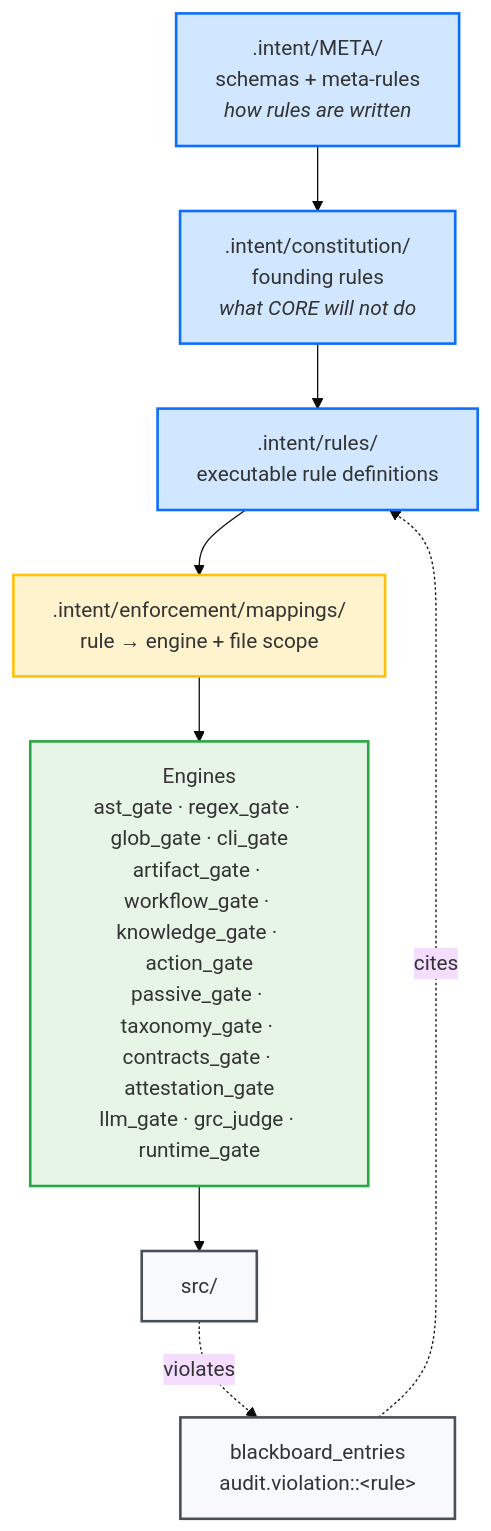
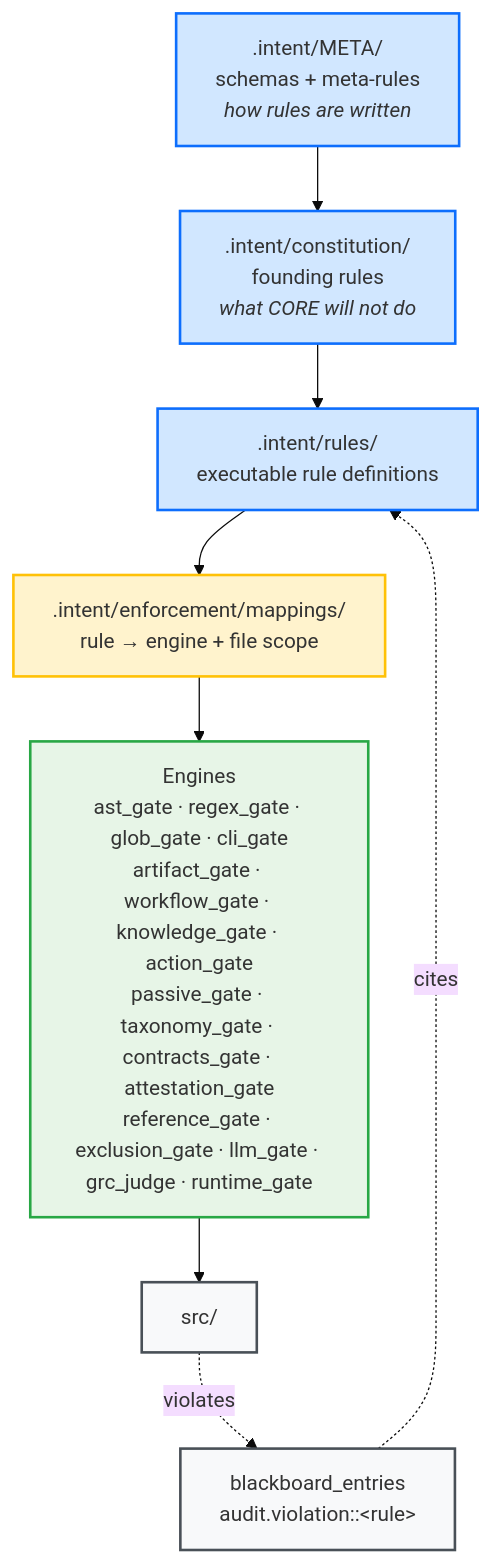
The second of 3 diagrams in docs/how-it-works.md (DariuszNewecki/CORE), drawn with Mermaid (base theme) before and after one commit. The commit also changed other lines of this file and 1 other file, not shown here.

First line of the commit message:
docs: rule and engine counts for exclusion_gate; list reference_gate too

````diff
--- a/docs/how-it-works.md
+++ b/docs/how-it-works.md
@@ -74,28 +74,28 @@
 ```mermaid
 flowchart TD
     META[".intent/META/<br/>schemas + meta-rules<br/><i>how rules are written</i>"]
     CONST[".intent/constitution/<br/>founding rules<br/><i>what CORE will not do</i>"]
     RULES[".intent/rules/<br/>executable rule definitions"]
     MAP[".intent/enforcement/mappings/<br/>rule → engine + file scope"]
-    ENG["Engines<br/>ast_gate · regex_gate · glob_gate · cli_gate<br/>artifact_gate · workflow_gate · knowledge_gate · action_gate<br/>passive_gate · taxonomy_gate · contracts_gate · attestation_gate<br/>llm_gate · grc_judge · runtime_gate"]
+    ENG["Engines<br/>ast_gate · regex_gate · glob_gate · cli_gate<br/>artifact_gate · workflow_gate · knowledge_gate · action_gate<br/>passive_gate · taxonomy_gate · contracts_gate · attestation_gate<br/>reference_gate · exclusion_gate · llm_gate · grc_judge · runtime_gate"]
     CODE["src/"]
     BB["blackboard_entries<br/>audit.violation::&lt;rule&gt;"]
 
     META --> CONST
     CONST --> RULES
     RULES --> MAP
     MAP --> ENG
     ENG --> CODE
     CODE -.->|violates| BB
     BB -.->|cites| RULES
 
     classDef law       fill:#d1e7ff,stroke:#0d6efd,stroke-width:2px
     classDef binding   fill:#fff3cd,stroke:#ffc107,stroke-width:2px
     classDef engine    fill:#e7f5e7,stroke:#28a745,stroke-width:2px
     classDef observed  fill:#f8f9fa,stroke:#495057,stroke-width:2px
 
     class META,CONST,RULES law
     class MAP binding
     class ENG engine
     class CODE,BB observed
 ```
````
